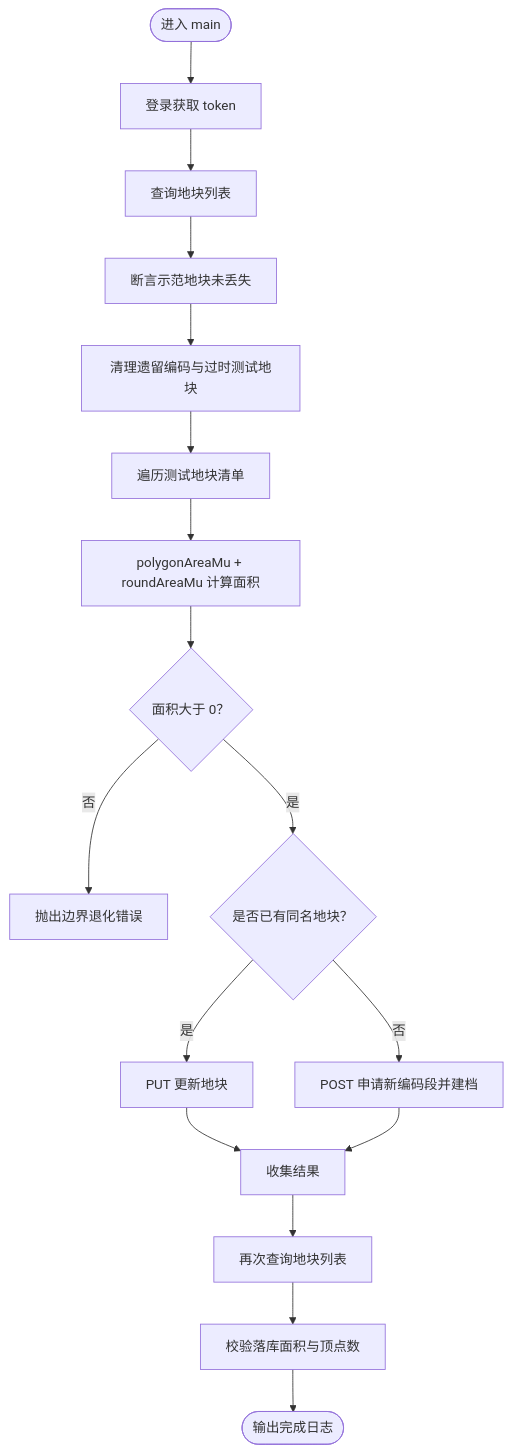
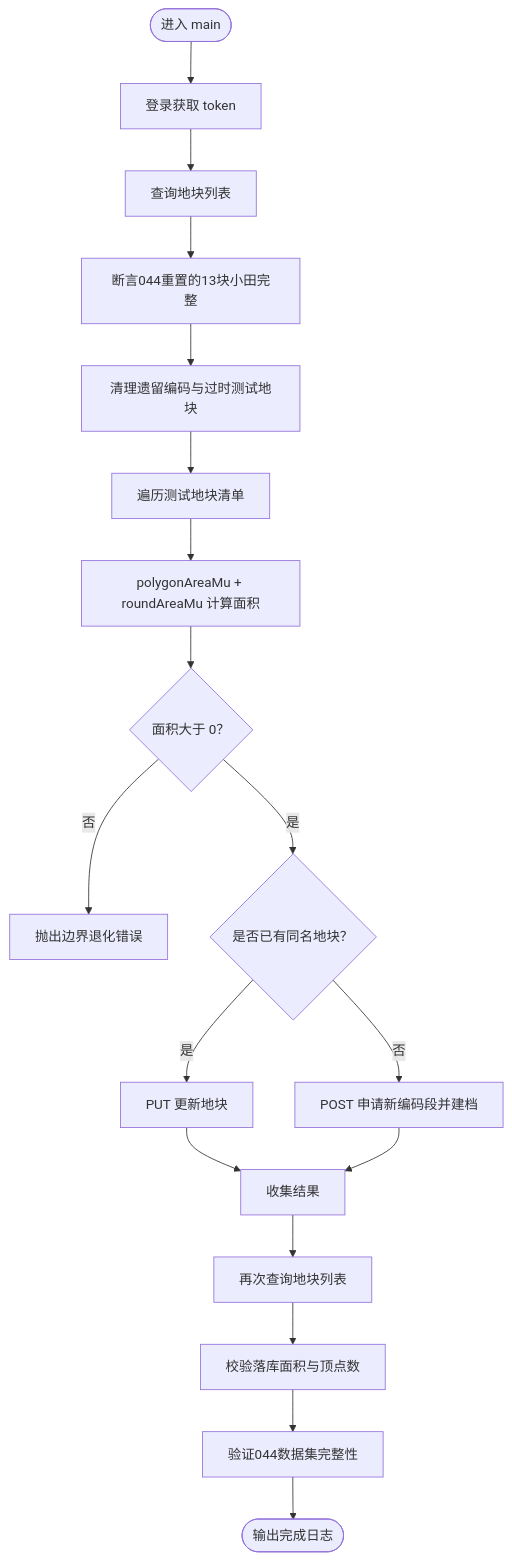
The third of 6 diagrams in .qoder/repowiki/zh/content/基础设施/运维脚本/测试数据管理脚本.md (q446328246/agri-platform), drawn with Mermaid before and after one commit. The commit also changed other lines of this file and 46 other files, not shown here.

````diff
--- a/.qoder/repowiki/zh/content/基础设施/运维脚本/测试数据管理脚本.md
+++ b/.qoder/repowiki/zh/content/基础设施/运维脚本/测试数据管理脚本.md
@@ -173,19 +185,20 @@
 ```mermaid
 flowchart TD
 Start(["进入 main"]) --> Login["登录获取 token"]
 Login --> ListBefore["查询地块列表"]
-ListBefore --> AssertDemo["断言示范地块未丢失"]
+ListBefore --> AssertDemo["断言044重置的13块小田完整"]
 AssertDemo --> Clean["清理遗留编码与过时测试地块"]
 Clean --> ForEach["遍历测试地块清单"]
 ForEach --> CalcArea["polygonAreaMu + roundAreaMu 计算面积"]
 CalcArea --> CheckArea{"面积大于 0？"}
 CheckArea --> |否| Error["抛出边界退化错误"]
 CheckArea --> |是| Decide{"是否已有同名地块？"}
 Decide --> |是| Update["PUT 更新地块"]
 Decide --> |否| Register["POST 申请新编码段并建档"]
 Update --> Collect["收集结果"]
 Register --> Collect
 Collect --> AfterList["再次查询地块列表"]
 AfterList --> Verify["校验落库面积与顶点数"]
-Verify --> Done(["输出完成日志"])
+Verify --> CheckIntegrity["验证044数据集完整性"]
+CheckIntegrity --> Done(["输出完成日志"])
 ```
````
